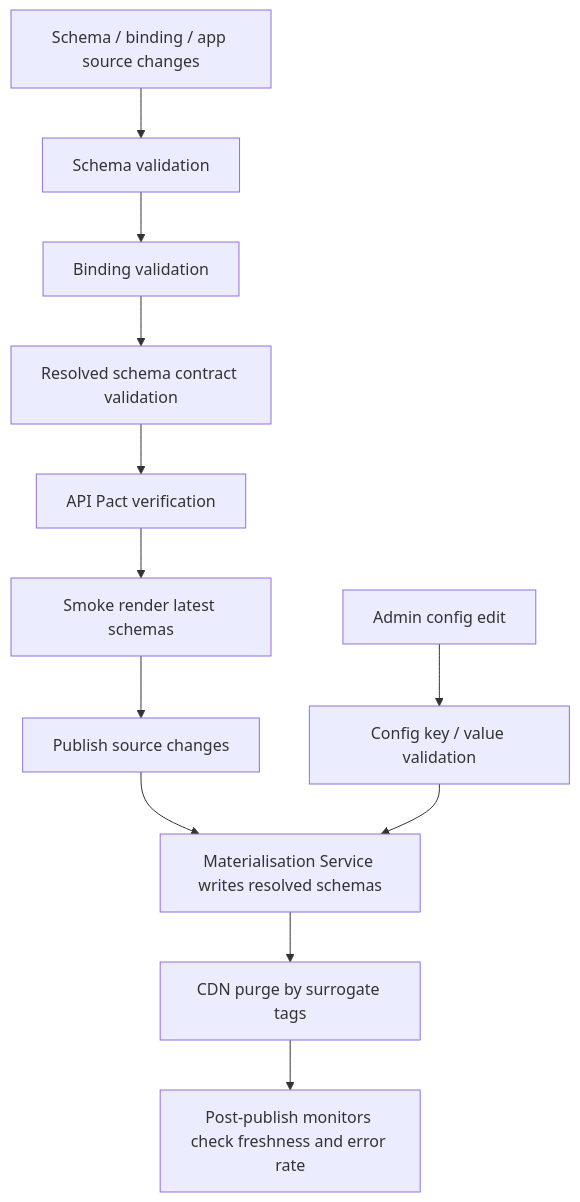
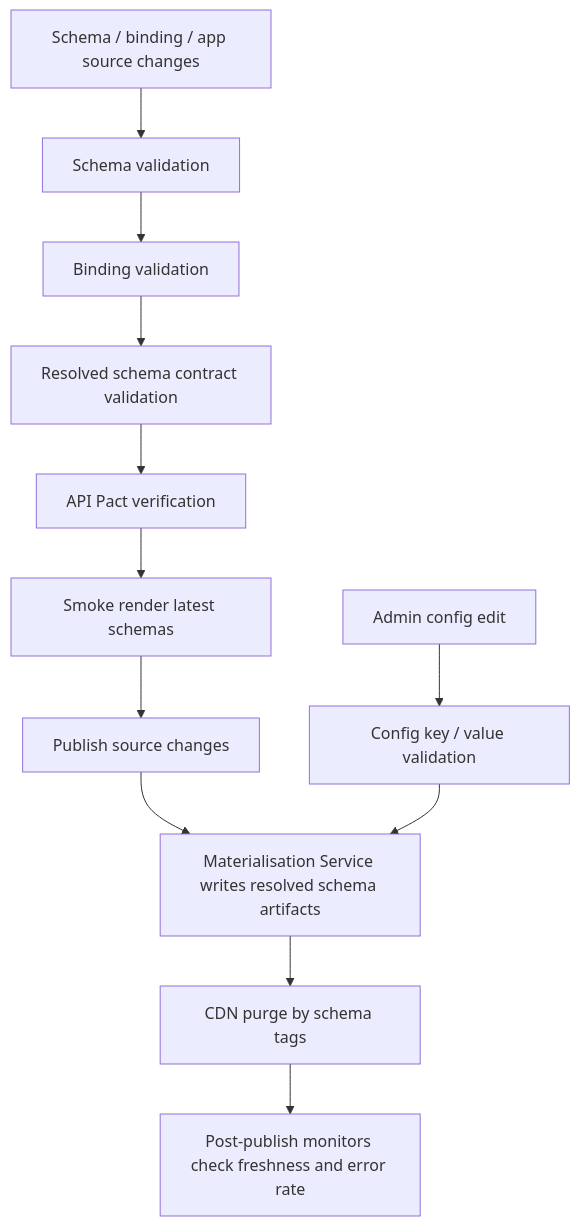
The diagram in docs/arch_v0/05-CONTRACTS-OBSERVABILITY-AND-OPERATIONS.md (saba-2103/group-quotation), drawn with Mermaid before and after one commit. The commit also changed other lines of this file and 11 other files, not shown here.

````diff
--- a/docs/arch_v0/05-CONTRACTS-OBSERVABILITY-AND-OPERATIONS.md
+++ b/docs/arch_v0/05-CONTRACTS-OBSERVABILITY-AND-OPERATIONS.md
@@ -94,15 +88,15 @@
 ```mermaid
 flowchart TB
     A["Schema / binding / app source changes"] --> B["Schema validation"]
     B --> C["Binding validation"]
     C --> D["Resolved schema contract validation"]
     D --> E["API Pact verification"]
     E --> F["Smoke render latest schemas"]
     F --> G["Publish source changes"]
-    G --> H["Materialisation Service writes resolved schemas"]
-    H --> I["CDN purge by surrogate tags"]
+    G --> H["Materialisation Service writes resolved schema artifacts"]
+    H --> I["CDN purge by schema tags"]
     I --> J["Post-publish monitors check freshness and error rate"]
 
     K["Admin config edit"] --> L["Config key / value validation"]
     L --> H
 ```
````
